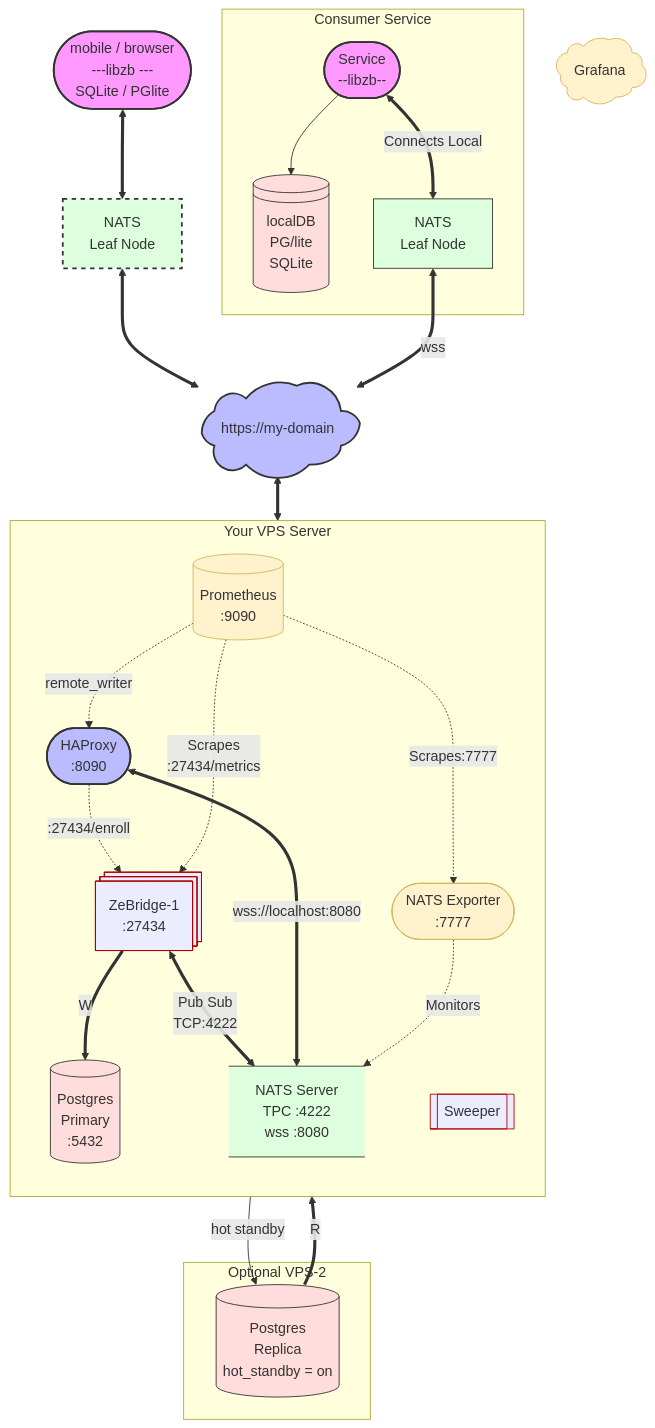
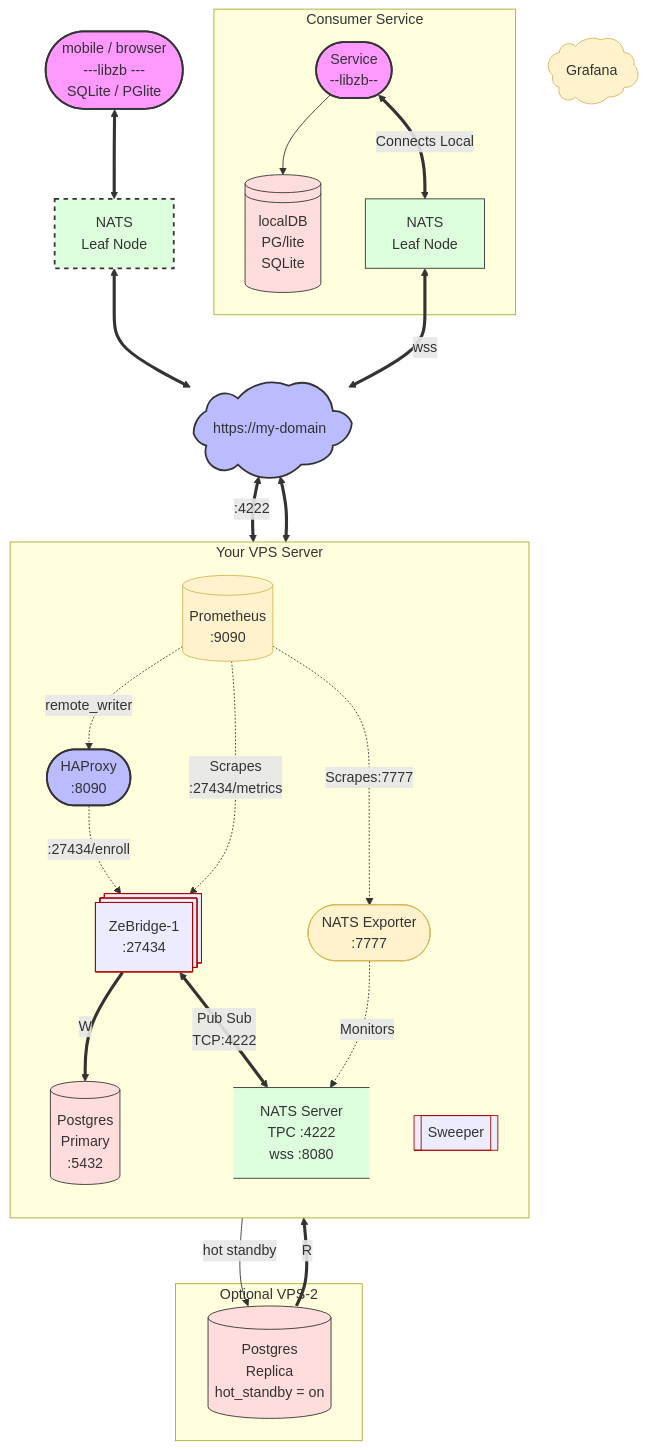
One commit to ndrean/ZeBridge changed the second of 2 diagrams in README.md. Above: the diagram before and after it, drawn with Mermaid. The commit also changed other lines of this file and 28 other files, not shown here.

```diff
--- a/README.md
+++ b/README.md
@@ -269,6 +269,7 @@
     PG -->|hot standby| PGREP
     User <==>RemoteLeaf2
     RemoteLeaf2 <==>CF
+    CF <==> |:4222| NATS
     RemoteLeaf <==>|wss| CF
     Consumer <==>|Connects Local| RemoteLeaf
     Consumer -->LocalDB
@@ -284,7 +285,7 @@
     
     %% HAProxy Internal Layer 7 Routing
     HA -.->|:27434/enroll| Bridge
-    HA <==>|wss://localhost:8080| NATS
+    %%HA <==>|wss://localhost:8080| NATS
 
     %% Telemetry Data Flow
     Prom -.-> |remote_writer| HA
```
